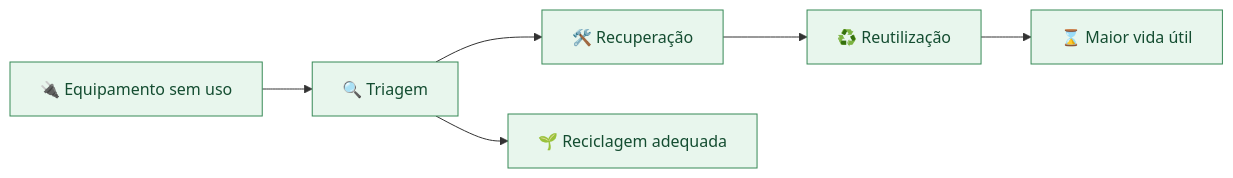
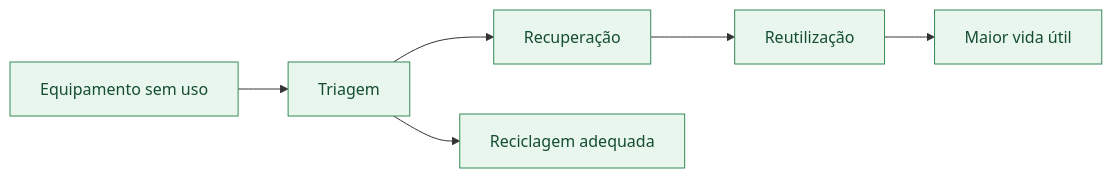
Before and after one commit to piririporo/EcoCiclo: the fourth of 4 diagrams in README.md, drawn with Mermaid. The commit also changed other lines of this file, not shown here.

````diff
--- a/README.md
+++ b/README.md
@@ -301,10 +301,10 @@
 ```mermaid
 flowchart LR
-    A["🔌 Equipamento sem uso"] --> B["🔍 Triagem"]
-    B --> C["🛠️ Recuperação"]
-    C --> D["♻️ Reutilização"]
-    D --> E["⌛ Maior vida útil"]
-    B --> F["🌱 Reciclagem adequada"]
+    A["Equipamento sem uso"] --> B["Triagem"]
+    B --> C["Recuperação"]
+    C --> D["Reutilização"]
+    D --> E["Maior vida útil"]
+    B --> F["Reciclagem adequada"]
     classDef eco fill:#e8f6ed,stroke:#378956,color:#144d31
     class A,B,C,D,E,F eco
 ```
````
